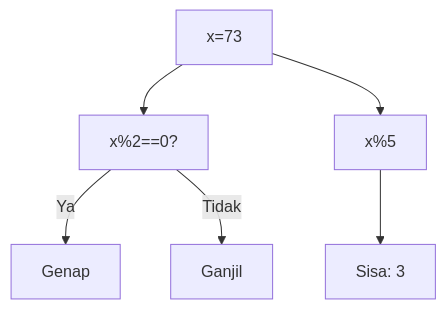
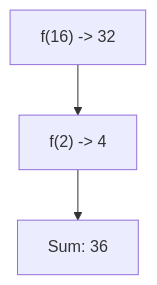
Before and after one commit to amnahwaida/OSNK_INF_PREP: the fourth of 25 diagrams in part-c-pemahaman-cpp/04-fungsi/latihan/set-09.md, drawn with Mermaid. The commit also changed other lines of this file and 71 other files, not shown here.

````diff
--- a/part-c-pemahaman-cpp/04-fungsi/latihan/set-09.md
+++ b/part-c-pemahaman-cpp/04-fungsi/latihan/set-09.md
@@ -151,8 +100,5 @@
 ```mermaid
 graph TD
-A["x=73"] --> B["x%2==0?"]
-B -- Ya --> C["Genap"]
-B -- Tidak --> D["Ganjil"]
-A --> E["x%5"]
-E --> F["Sisa: 3"]
+A["f(16) -> 32"] --> B["f(2) -> 4"]
+B --> C["Sum: 36"]
 ```
````
